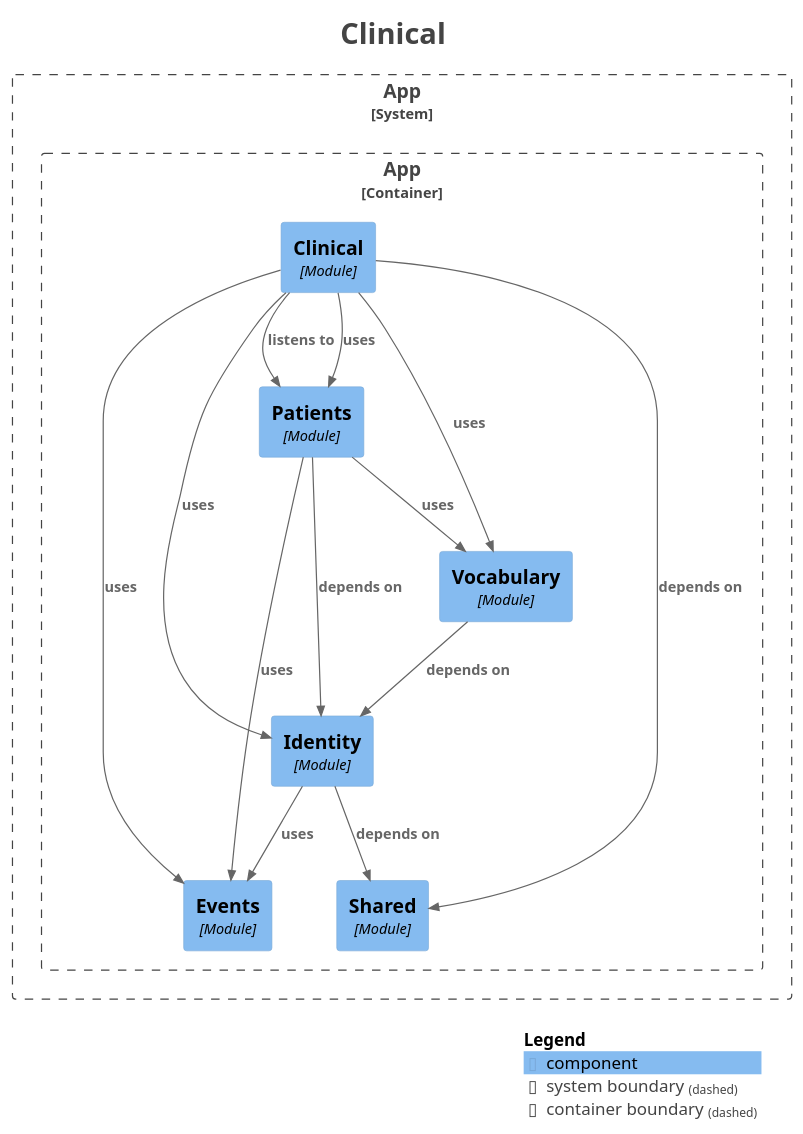
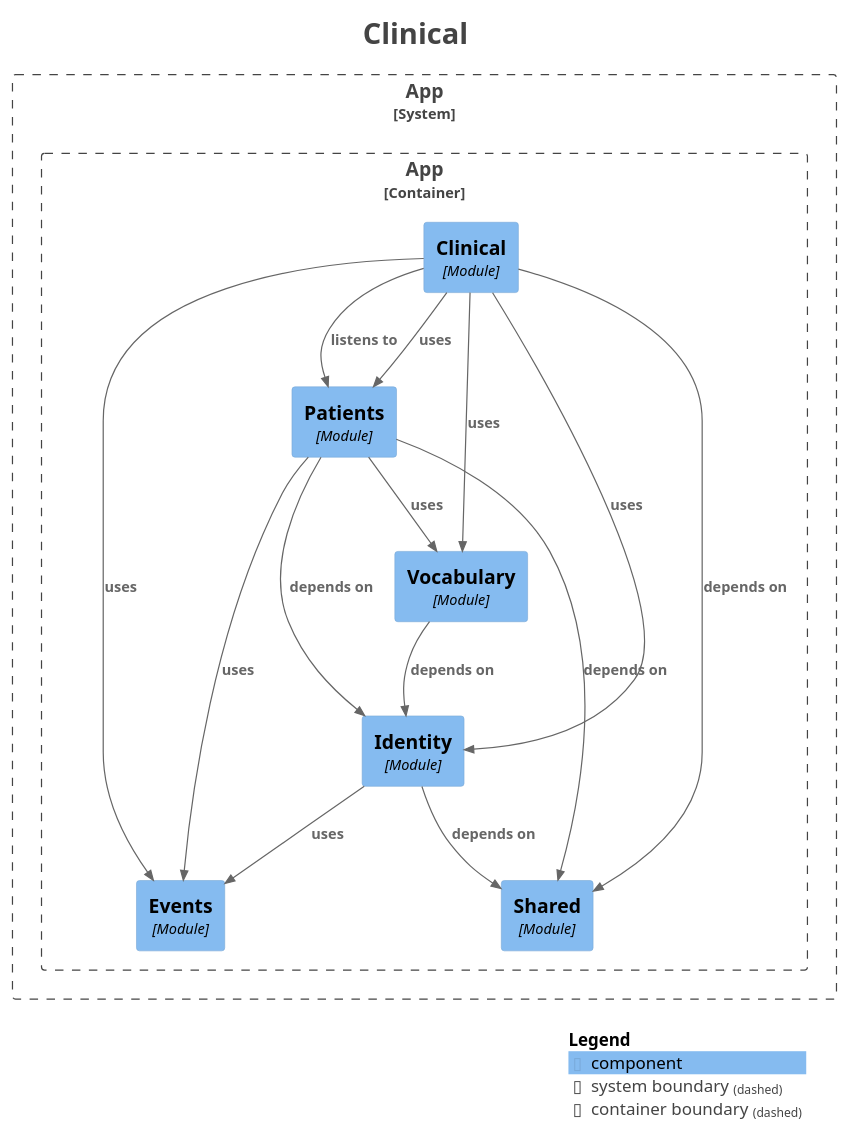
The diagram in docs/generated/module-clinical.puml (mrscams/psymate-api), drawn with PlantUML before and after one commit. The commit also changed 58 other files, not shown here.

```diff
--- a/docs/generated/module-clinical.puml
+++ b/docs/generated/module-clinical.puml
@@ -1,45 +1,46 @@
 @startuml
 title <size:24>Clinical</size>
 
 set separator none
 top to bottom direction
 
 <style>
   root {
     BackgroundColor: #ffffff
     FontColor: #444444
   }
 </style>
 
 !include <C4/C4>
 !include <C4/C4_Context>
 !include <C4/C4_Component>
 
 System_Boundary("App_boundary", "App", $tags="") {
   Container_Boundary("App.App_boundary", "App", $tags="") {
     Component(App.App.Clinical, "Clinical", $techn="Module", $descr="", $tags="", $link="")
     Component(App.App.Events, "Events", $techn="Module", $descr="", $tags="", $link="")
     Component(App.App.Identity, "Identity", $techn="Module", $descr="", $tags="", $link="")
     Component(App.App.Patients, "Patients", $techn="Module", $descr="", $tags="", $link="")
     Component(App.App.Shared, "Shared", $techn="Module", $descr="", $tags="", $link="")
     Component(App.App.Vocabulary, "Vocabulary", $techn="Module", $descr="", $tags="", $link="")
   }
 
 }
 
 Rel(App.App.Clinical, App.App.Events, "uses", $techn="", $tags="", $link="")
 Rel(App.App.Clinical, App.App.Identity, "uses", $techn="", $tags="", $link="")
 Rel(App.App.Clinical, App.App.Patients, "listens to", $techn="", $tags="", $link="")
 Rel(App.App.Clinical, App.App.Patients, "uses", $techn="", $tags="", $link="")
 Rel(App.App.Clinical, App.App.Shared, "depends on", $techn="", $tags="", $link="")
 Rel(App.App.Clinical, App.App.Vocabulary, "uses", $techn="", $tags="", $link="")
 Rel(App.App.Identity, App.App.Events, "uses", $techn="", $tags="", $link="")
 Rel(App.App.Identity, App.App.Shared, "depends on", $techn="", $tags="", $link="")
 Rel(App.App.Patients, App.App.Events, "uses", $techn="", $tags="", $link="")
 Rel(App.App.Patients, App.App.Identity, "depends on", $techn="", $tags="", $link="")
+Rel(App.App.Patients, App.App.Shared, "depends on", $techn="", $tags="", $link="")
 Rel(App.App.Patients, App.App.Vocabulary, "uses", $techn="", $tags="", $link="")
 Rel(App.App.Vocabulary, App.App.Identity, "depends on", $techn="", $tags="", $link="")
 
 SHOW_LEGEND(true)
 hide stereotypes
 @enduml
```
